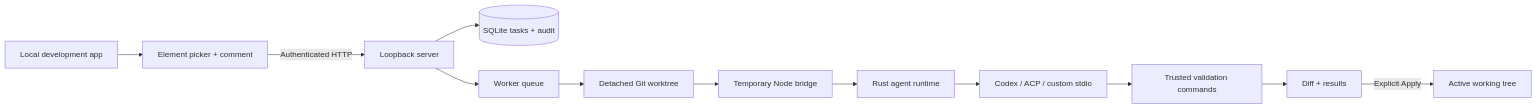
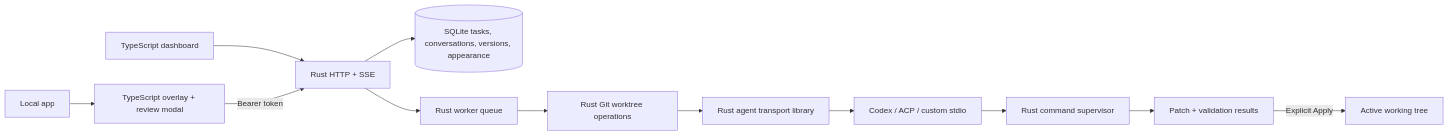
Before and after one commit to gerardoyxy/devreview-agent: the diagram in docs/architecture.md, drawn with Mermaid. The commit also changed other lines of this file and 55 other files, not shown here.

Commit message:
Complete Rust backend migration and add shared appearance customization

````diff
--- a/docs/architecture.md
+++ b/docs/architecture.md
@@ -3,14 +3,14 @@
 ```mermaid
 flowchart LR
-  App[Local development app] --> Overlay[Element picker + comment]
-  Overlay -->|Authenticated HTTP| Server[Loopback server]
-  Server --> Store[(SQLite tasks + audit)]
-  Server --> Queue[Worker queue]
-  Queue --> Git[Detached Git worktree]
-  Git --> Bridge[Temporary Node bridge]
-  Bridge --> Runtime[Rust agent runtime]
+  App[Local app] --> Overlay[TypeScript overlay + review modal]
+  Dashboard[TypeScript dashboard] --> API[Rust HTTP + SSE]
+  Overlay -->|Bearer token| API
+  API --> Store[(SQLite tasks, conversations, versions, appearance)]
+  API --> Queue[Rust worker queue]
+  Queue --> Git[Rust Git worktree operations]
+  Git --> Runtime[Rust agent transport library]
   Runtime --> Agent[Codex / ACP / custom stdio]
-  Agent --> Validation[Trusted validation commands]
-  Validation --> Review[Diff + results]
-  Review -->|Explicit Apply| WorkingTree[Active working tree]
+  Agent --> Validation[Rust command supervisor]
+  Validation --> Review[Patch + validation results]
+  Review -->|Explicit Apply| Checkout[Active working tree]
 ```
````
